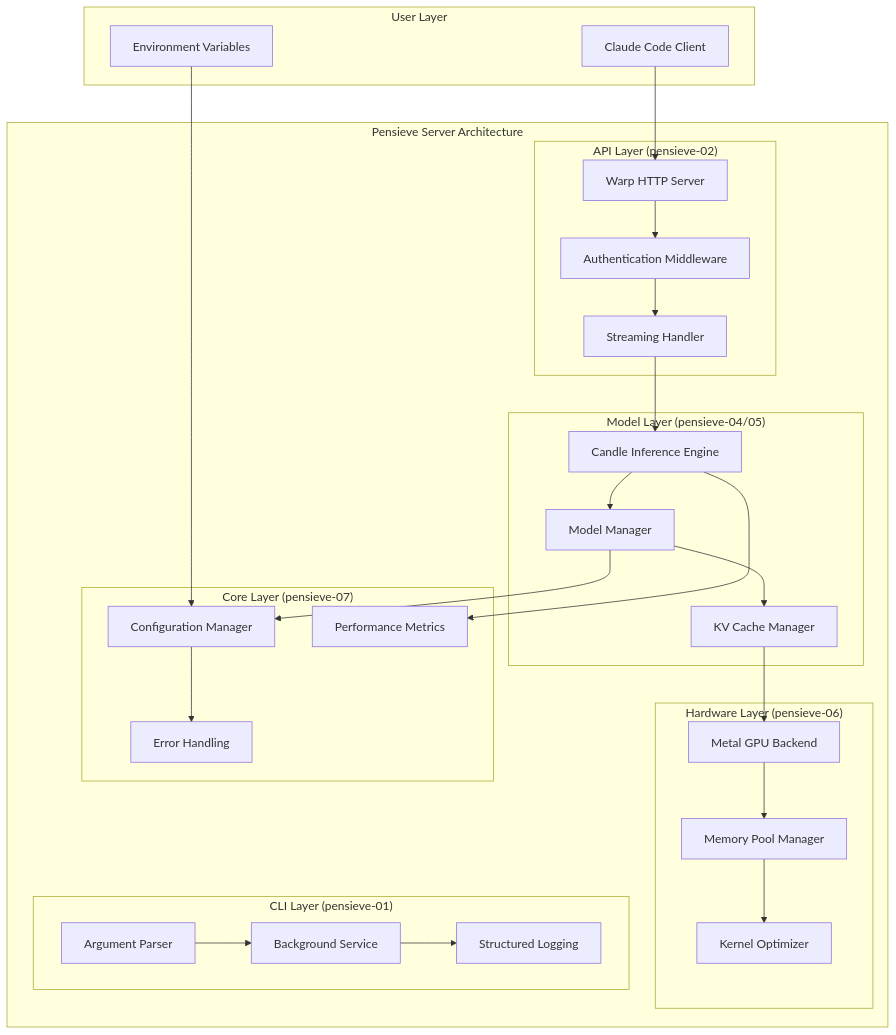
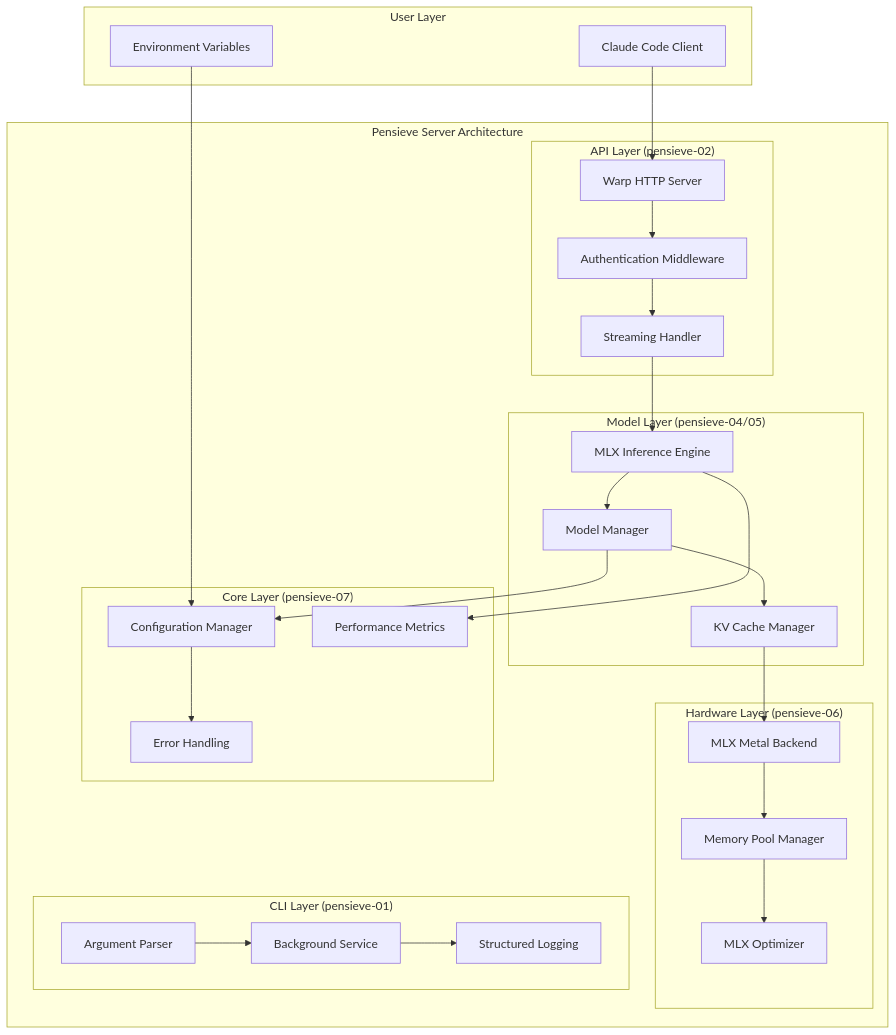
One commit to that-in-rust/pensieve-local-llm-server changed the first of 3 diagrams in .prdArch/Arch02PensieveV1.md. Above: the diagram before and after it, drawn with Mermaid. The commit also changed other lines of this file and 13 other files, not shown here.

First line of the commit message:
Complete MLX Architecture Transition: Documentation Overhaul

````diff
--- a/.prdArch/Arch02PensieveV1.md
+++ b/.prdArch/Arch02PensieveV1.md
@@ -74,60 +74,60 @@
 ```mermaid
 graph TB
     subgraph "User Layer"
         CLI[Claude Code Client]
         ENV[Environment Variables]
     end
 
     subgraph "Pensieve Server Architecture"
         subgraph "API Layer (pensieve-02)"
             WARP[Warp HTTP Server]
             AUTH[Authentication Middleware]
             STREAM[Streaming Handler]
         end
 
         subgraph "Model Layer (pensieve-04/05)"
-            ENGINE[Candle Inference Engine]
+            ENGINE[MLX Inference Engine]
             MODEL_MGR[Model Manager]
             CACHE[KV Cache Manager]
         end
 
         subgraph "Hardware Layer (pensieve-06)"
-            METAL[Metal GPU Backend]
+            METAL[MLX Metal Backend]
             POOL[Memory Pool Manager]
-            KERNEL[Kernel Optimizer]
+            KERNEL[MLX Optimizer]
         end
 
         subgraph "Core Layer (pensieve-07)"
             CONFIG[Configuration Manager]
             ERROR[Error Handling]
             METRICS[Performance Metrics]
         end
 
         subgraph "CLI Layer (pensieve-01)"
             PARSER[Argument Parser]
             DAEMON[Background Service]
             LOGS[Structured Logging]
         end
     end
 
     CLI --> WARP
     ENV --> CONFIG
 
     WARP --> AUTH
     AUTH --> STREAM
     STREAM --> ENGINE
 
     ENGINE --> MODEL_MGR
     MODEL_MGR --> CACHE
     CACHE --> METAL
 
     METAL --> POOL
     POOL --> KERNEL
 
     ENGINE --> METRICS
     MODEL_MGR --> CONFIG
     CONFIG --> ERROR
 
     PARSER --> DAEMON
     DAEMON --> LOGS
 ```
````
